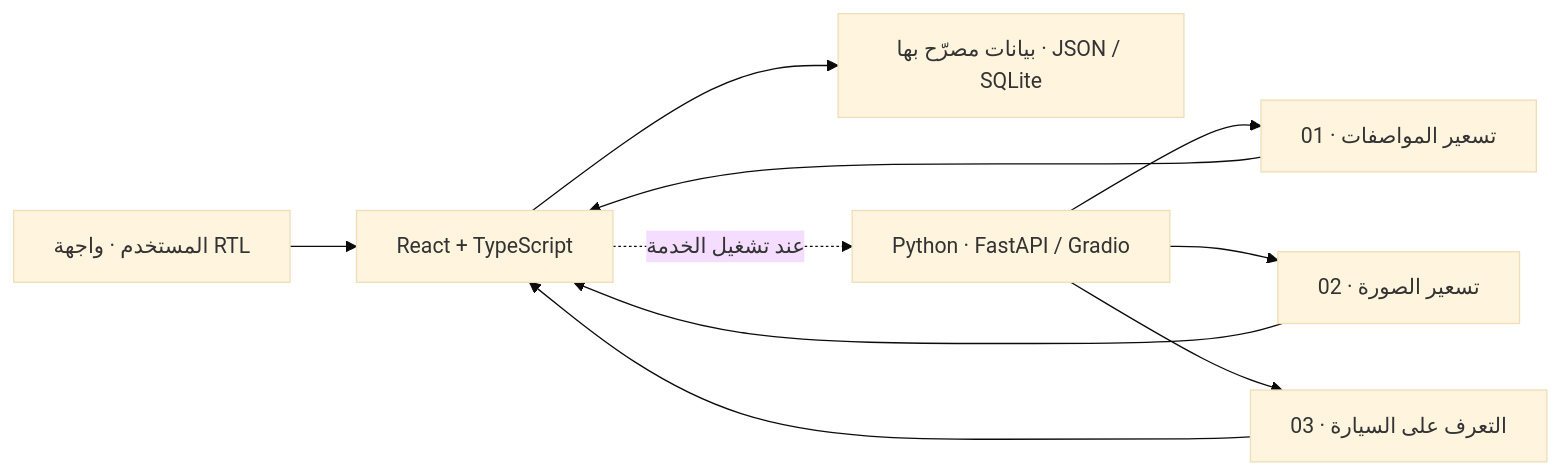
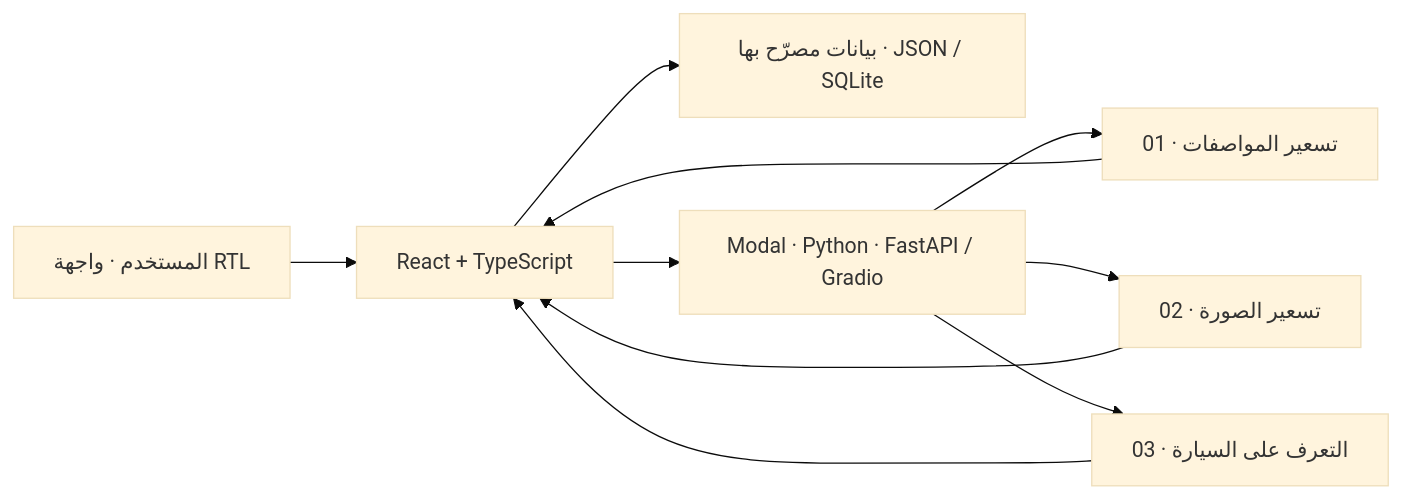
The diagram in README.md (rayan-alqahtani/saer), drawn with Mermaid (base theme) before and after one commit. The commit also changed other lines of this file, not shown here.

Commit message:
chore: sync live Modal configuration and documentation

````diff
--- a/README.md
+++ b/README.md
@@ -149,12 +150,12 @@
 ```mermaid
 flowchart LR
     A["المستخدم · واجهة RTL"] --> B["React + TypeScript"]
     B --> C["بيانات مصرّح بها · JSON / SQLite"]
-    B -. "عند تشغيل الخدمة" .-> D["Python · FastAPI / Gradio"]
+    B --> D["Modal · Python · FastAPI / Gradio"]
     D --> E["01 · تسعير المواصفات"]
     D --> F["02 · تسعير الصورة"]
     D --> G["03 · التعرف على السيارة"]
     E --> B
     F --> B
     G --> B
 ```
````
